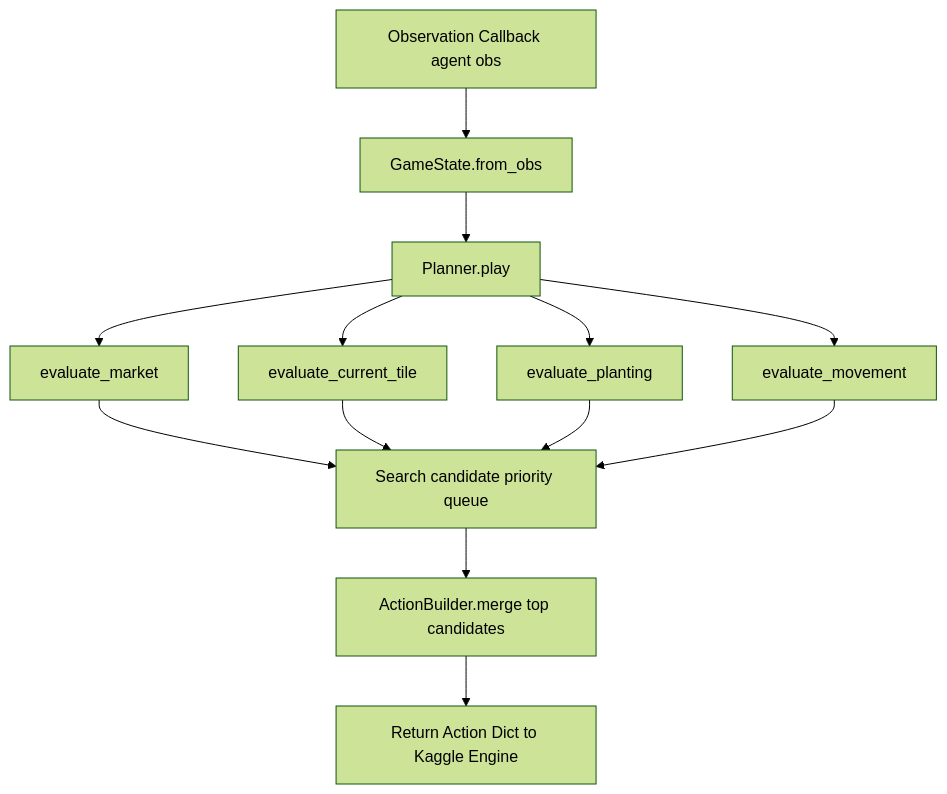
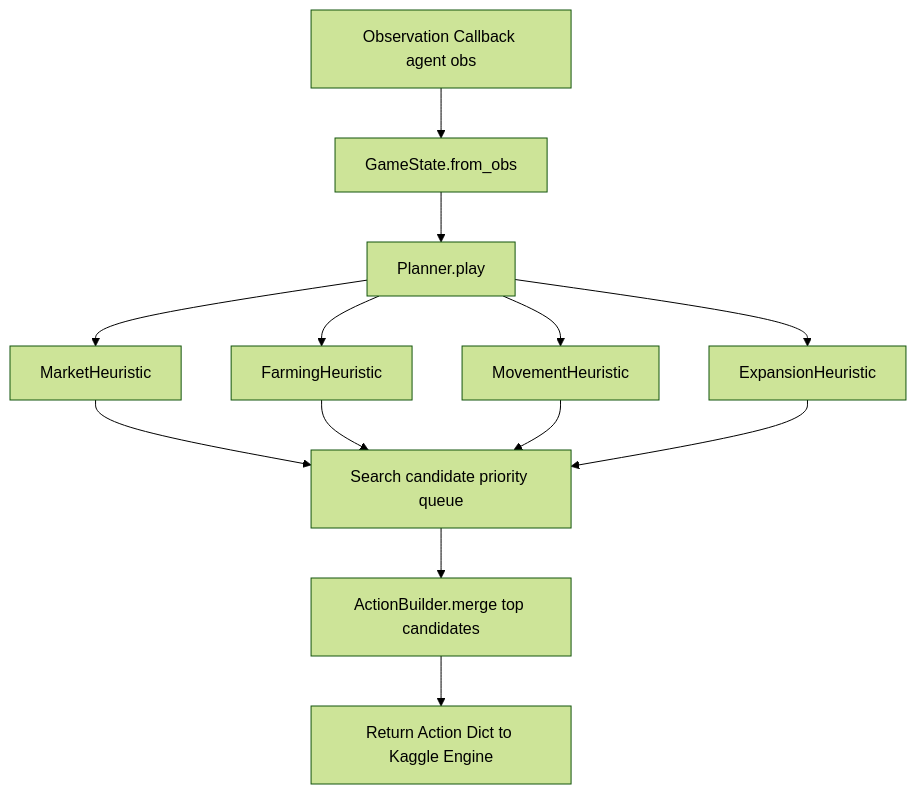
One commit to L1UK3/jeremy changed the diagram in docs/how-to/implement-agent-heuristics.md. Above: the diagram before and after it, drawn with Mermaid (forest theme). The commit also changed other lines of this file and 12 other files, not shown here.

````diff
--- a/docs/how-to/implement-agent-heuristics.md
+++ b/docs/how-to/implement-agent-heuristics.md
@@ -11,12 +11,12 @@
 ```mermaid
 flowchart TD
     A[Observation Callback agent obs] --> B[GameState.from_obs]
     B --> C[Planner.play]
-    C --> D[evaluate_market]
-    C --> E[evaluate_current_tile]
-    C --> F[evaluate_planting]
-    C --> G[evaluate_movement]
+    C --> D[MarketHeuristic]
+    C --> E[FarmingHeuristic]
+    C --> F[MovementHeuristic]
+    C --> G[ExpansionHeuristic]
     D & E & F & G --> H[Search candidate priority queue]
     H --> I[ActionBuilder.merge top candidates]
     I --> J[Return Action Dict to Kaggle Engine]
 ```
````
